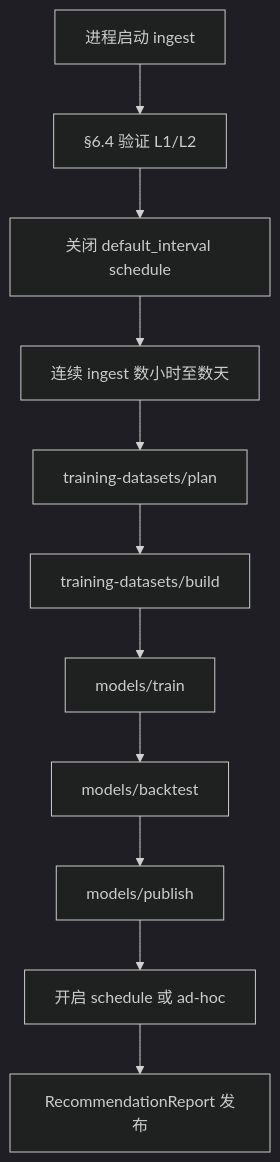
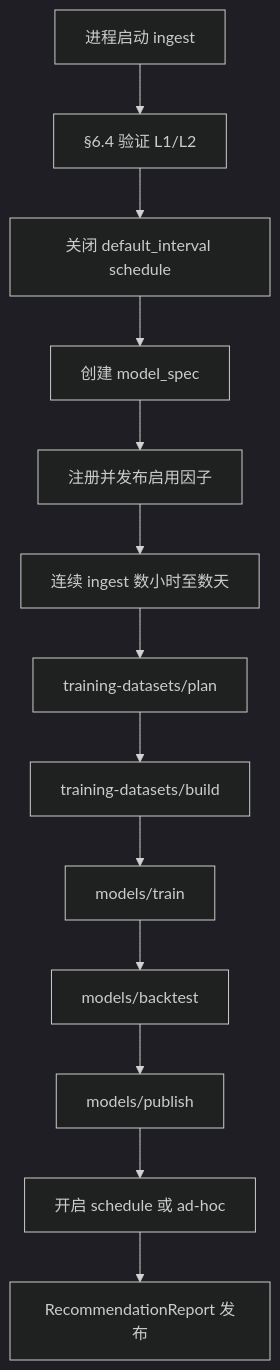
The second of 3 diagrams in docs/operations/runbook.md (solomon-ssy/oxide-arb), drawn with Mermaid (dark theme) before and after one commit. The commit also changed other lines of this file and 21 other files, not shown here.

Commit message:
feat(core,models,web,docs): 🌱 add model-spec authoring and explicit factor registry bootstrap for cold start

````diff
--- a/docs/operations/runbook.md
+++ b/docs/operations/runbook.md
@@ -711,13 +716,15 @@
 ```mermaid
 flowchart TD
     start[进程启动 ingest] --> verify[§6.4 验证 L1/L2]
     verify --> disable[关闭 default_interval schedule]
-    disable --> ingest[连续 ingest 数小时至数天]
+    disable --> spec[创建 model_spec]
+    spec --> factors[注册并发布启用因子]
+    factors --> ingest[连续 ingest 数小时至数天]
     ingest --> plan[training-datasets/plan]
     plan --> build[training-datasets/build]
     build --> train[models/train]
     train --> backtest[models/backtest]
     backtest --> publish[models/publish]
     publish --> enable[开启 schedule 或 ad-hoc]
     enable --> report[RecommendationReport 发布]
 ```
````
